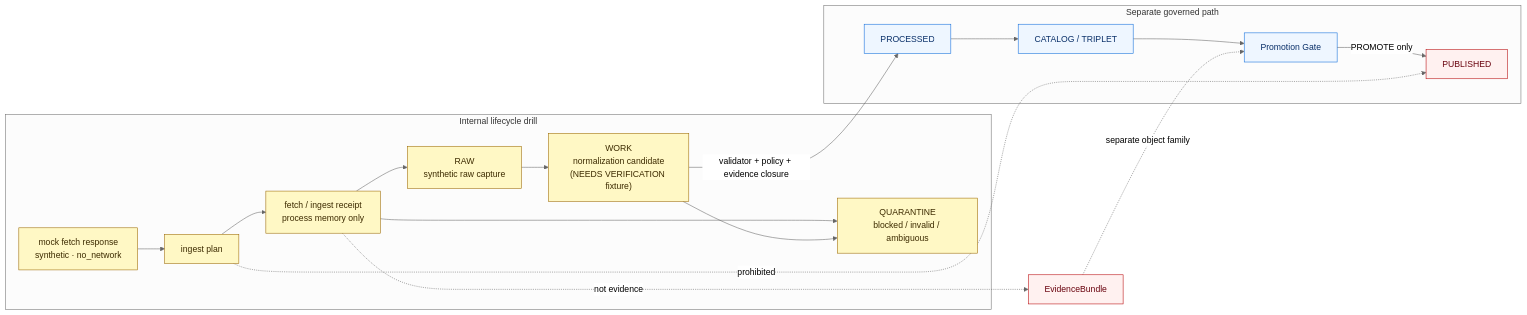
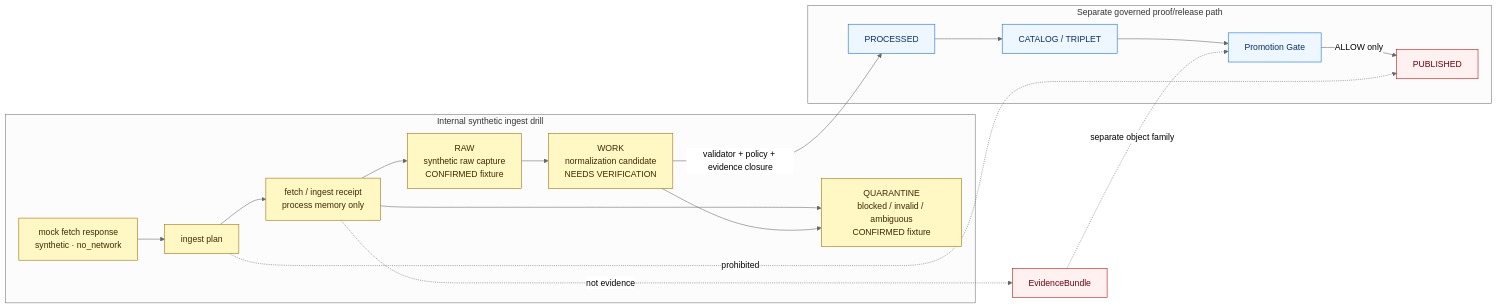
One commit to bartytime4life/Kansas-Frontier-Matrix changed the diagram in docs/adr/ADR-0308-hydrology-synthetic-ingest-lifecycle-boundary.md. Above: the diagram before and after it, drawn with Mermaid (neutral theme). The commit also changed other lines of this file, not shown here.

````diff
--- a/docs/adr/ADR-0308-hydrology-synthetic-ingest-lifecycle-boundary.md
+++ b/docs/adr/ADR-0308-hydrology-synthetic-ingest-lifecycle-boundary.md
@@ -196,30 +224,30 @@
 ```mermaid
 flowchart LR
-  subgraph Internal_Lifecycle["Internal lifecycle drill"]
+  subgraph Internal_Lifecycle["Internal synthetic ingest drill"]
     MOCK["mock fetch response<br/>synthetic · no_network"] --> PLAN["ingest plan"]
     PLAN --> RECEIPT["fetch / ingest receipt<br/>process memory only"]
-    RECEIPT --> RAW["RAW<br/>synthetic raw capture"]
-    RECEIPT --> QUAR["QUARANTINE<br/>blocked / invalid / ambiguous"]
-    RAW --> WORK["WORK<br/>normalization candidate<br/>(NEEDS VERIFICATION fixture)"]
+    RECEIPT --> RAW["RAW<br/>synthetic raw capture<br/>CONFIRMED fixture"]
+    RECEIPT --> QUAR["QUARANTINE<br/>blocked / invalid / ambiguous<br/>CONFIRMED fixture"]
+    RAW --> WORK["WORK<br/>normalization candidate<br/>NEEDS VERIFICATION"]
     WORK --> QUAR
   end
 
-  subgraph Governed_Later_Path["Separate governed path"]
+  subgraph Governed_Later_Path["Separate governed proof/release path"]
     WORK -->|validator + policy + evidence closure| PROC["PROCESSED"]
     PROC --> CAT["CATALOG / TRIPLET"]
     CAT --> GATE["Promotion Gate"]
-    GATE -->|PROMOTE only| PUB["PUBLISHED"]
+    GATE -->|ALLOW only| PUB["PUBLISHED"]
   end
 
   PLAN -. prohibited .-> PUB
   RECEIPT -. not evidence .-> EVIDENCE["EvidenceBundle"]
   EVIDENCE -. separate object family .-> GATE
 
   classDef internal fill:#fff8c5,stroke:#9a6700,color:#3d2b00;
   classDef denied fill:#fff1f0,stroke:#b60205,color:#6a040f;
   classDef governed fill:#eef6ff,stroke:#0969da,color:#0a3069;
 
   class MOCK,PLAN,RECEIPT,RAW,WORK,QUAR internal;
   class PUB,EVIDENCE denied;
   class PROC,CAT,GATE governed;
 ```
````
